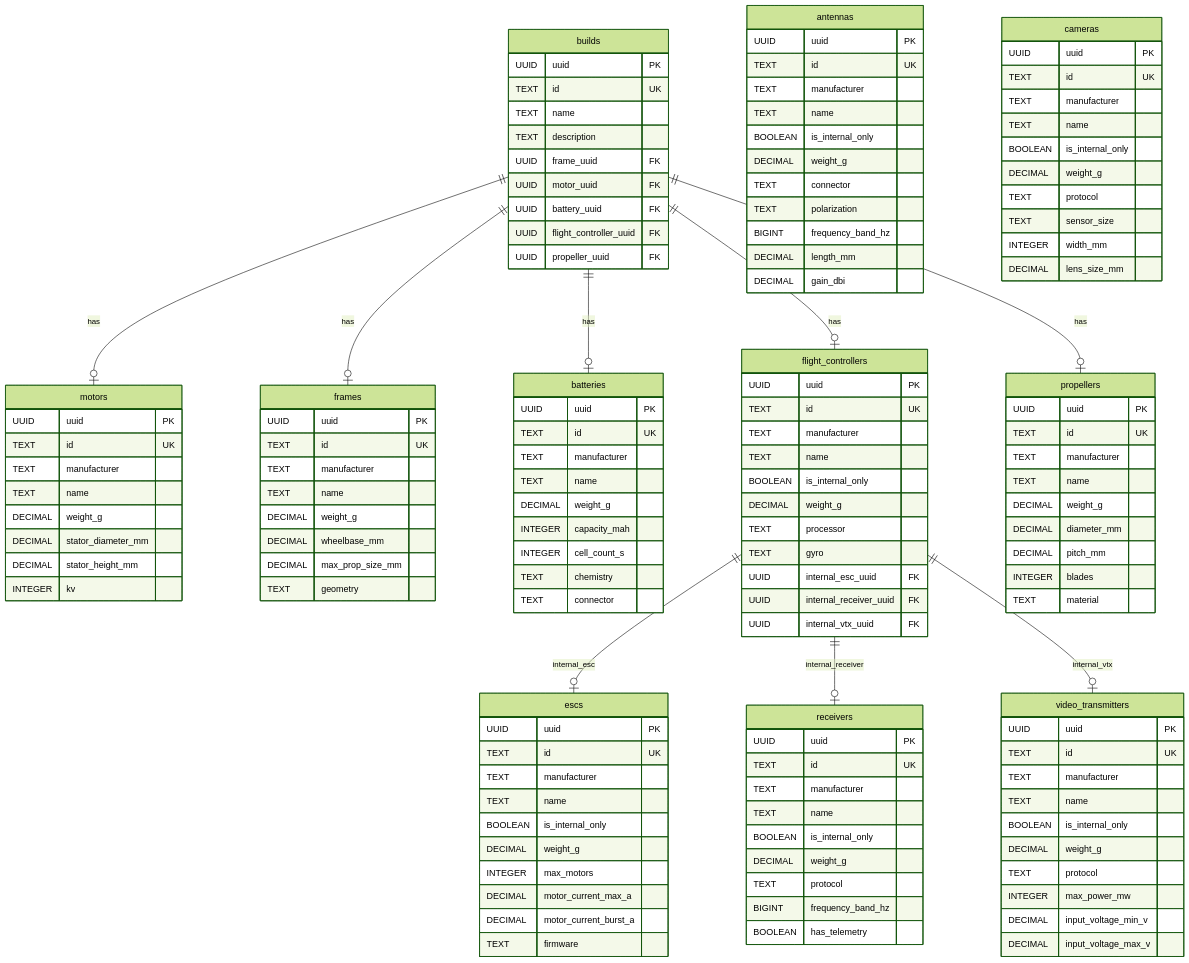
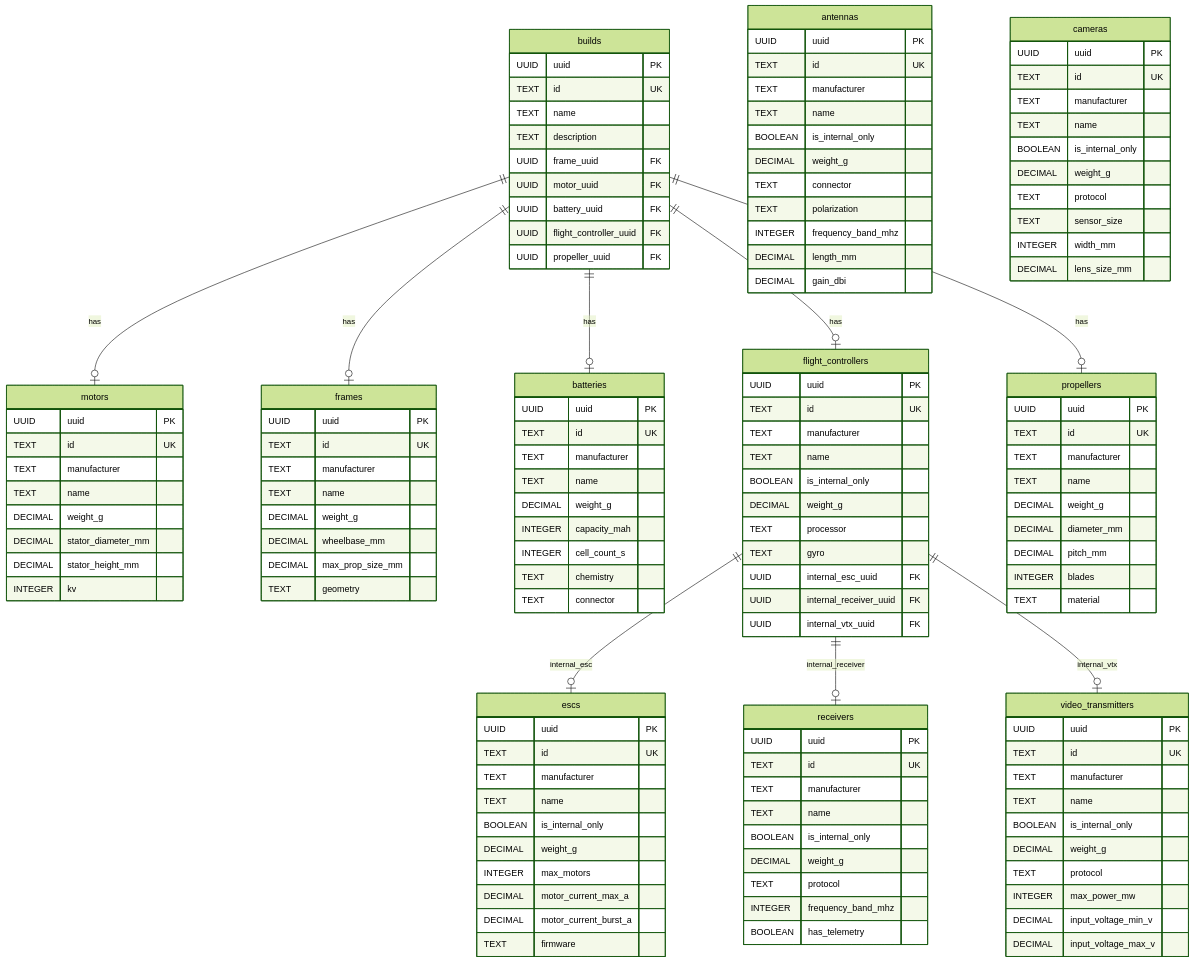
The diagram in backend/db/diagram.mermaid (rohitramu/quadsmith), drawn with Mermaid (forest theme) before and after one commit. The commit also changed 9 other files, not shown here.

Commit message:
Optimize frequency band to uint32 frequency_band_mhz

```diff
--- a/backend/db/diagram.mermaid
+++ b/backend/db/diagram.mermaid
@@ -1,147 +1,147 @@
 erDiagram
     builds {
         UUID uuid PK
         TEXT id UK
         TEXT name
         TEXT description
         UUID frame_uuid FK
         UUID motor_uuid FK
         UUID battery_uuid FK
         UUID flight_controller_uuid FK
         UUID propeller_uuid FK
     }
 
     motors {
         UUID uuid PK
         TEXT id UK
         TEXT manufacturer
         TEXT name
         DECIMAL weight_g
         DECIMAL stator_diameter_mm
         DECIMAL stator_height_mm
         INTEGER kv
     }
 
     frames {
         UUID uuid PK
         TEXT id UK
         TEXT manufacturer
         TEXT name
         DECIMAL weight_g
         DECIMAL wheelbase_mm
         DECIMAL max_prop_size_mm
         TEXT geometry
     }
 
     batteries {
         UUID uuid PK
         TEXT id UK
         TEXT manufacturer
         TEXT name
         DECIMAL weight_g
         INTEGER capacity_mah
         INTEGER cell_count_s
         TEXT chemistry
         TEXT connector
     }
 
     flight_controllers {
         UUID uuid PK
         TEXT id UK
         TEXT manufacturer
         TEXT name
         BOOLEAN is_internal_only
         DECIMAL weight_g
         TEXT processor
         TEXT gyro
         UUID internal_esc_uuid FK
         UUID internal_receiver_uuid FK
         UUID internal_vtx_uuid FK
     }
 
     escs {
         UUID uuid PK
         TEXT id UK
         TEXT manufacturer
         TEXT name
         BOOLEAN is_internal_only
         DECIMAL weight_g
         INTEGER max_motors
         DECIMAL motor_current_max_a
         DECIMAL motor_current_burst_a
         TEXT firmware
     }
 
     receivers {
         UUID uuid PK
         TEXT id UK
         TEXT manufacturer
         TEXT name
         BOOLEAN is_internal_only
         DECIMAL weight_g
         TEXT protocol
-        BIGINT frequency_band_hz
+        INTEGER frequency_band_mhz
         BOOLEAN has_telemetry
     }
 
     video_transmitters {
         UUID uuid PK
         TEXT id UK
         TEXT manufacturer
         TEXT name
         BOOLEAN is_internal_only
         DECIMAL weight_g
         TEXT protocol
         INTEGER max_power_mw
         DECIMAL input_voltage_min_v
         DECIMAL input_voltage_max_v
     }
 
     antennas {
         UUID uuid PK
         TEXT id UK
         TEXT manufacturer
         TEXT name
         BOOLEAN is_internal_only
         DECIMAL weight_g
         TEXT connector
         TEXT polarization
-        BIGINT frequency_band_hz
+        INTEGER frequency_band_mhz
         DECIMAL length_mm
         DECIMAL gain_dbi
     }
 
     propellers {
         UUID uuid PK
         TEXT id UK
         TEXT manufacturer
         TEXT name
         DECIMAL weight_g
         DECIMAL diameter_mm
         DECIMAL pitch_mm
         INTEGER blades
         TEXT material
     }
 
     cameras {
         UUID uuid PK
         TEXT id UK
         TEXT manufacturer
         TEXT name
         BOOLEAN is_internal_only
         DECIMAL weight_g
         TEXT protocol
         TEXT sensor_size
         INTEGER width_mm
         DECIMAL lens_size_mm
     }
 
     builds ||--o| frames : has
     builds ||--o| motors : has
     builds ||--o| batteries : has
     builds ||--o| flight_controllers : has
     builds ||--o| propellers : has
 
     flight_controllers ||--o| escs : internal_esc
     flight_controllers ||--o| receivers : internal_receiver
     flight_controllers ||--o| video_transmitters : internal_vtx
```
